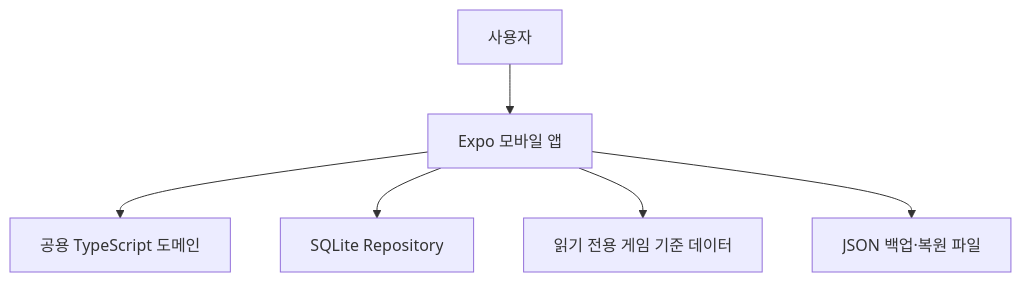
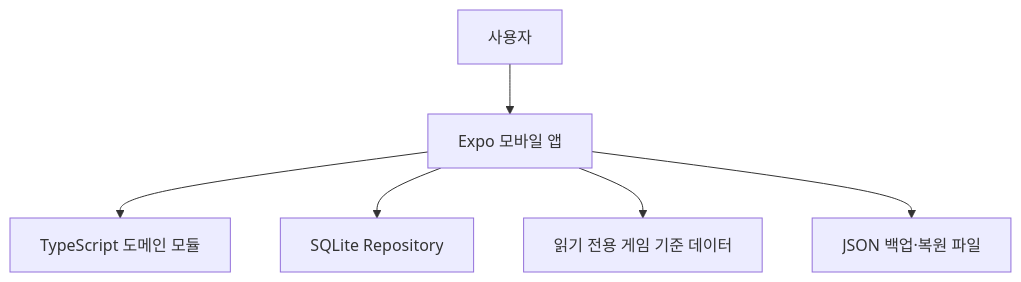
Before and after one commit to ACNH-app/acnh-diary-app: the diagram in docs/ACNH-Diary-Mobile-SAD.md, drawn with Mermaid. The commit also changed other lines of this file and 6 other files, not shown here.

````diff
--- a/docs/ACNH-Diary-Mobile-SAD.md
+++ b/docs/ACNH-Diary-Mobile-SAD.md
@@ -33,8 +34,8 @@
 ```mermaid
 flowchart TB
   U["사용자"] --> A["Expo 모바일 앱"]
-  A --> D["공용 TypeScript 도메인"]
+  A --> D["TypeScript 도메인 모듈"]
   A --> R["SQLite Repository"]
   A --> G["읽기 전용 게임 기준 데이터"]
   A --> B["JSON 백업·복원 파일"]
 ```
````
